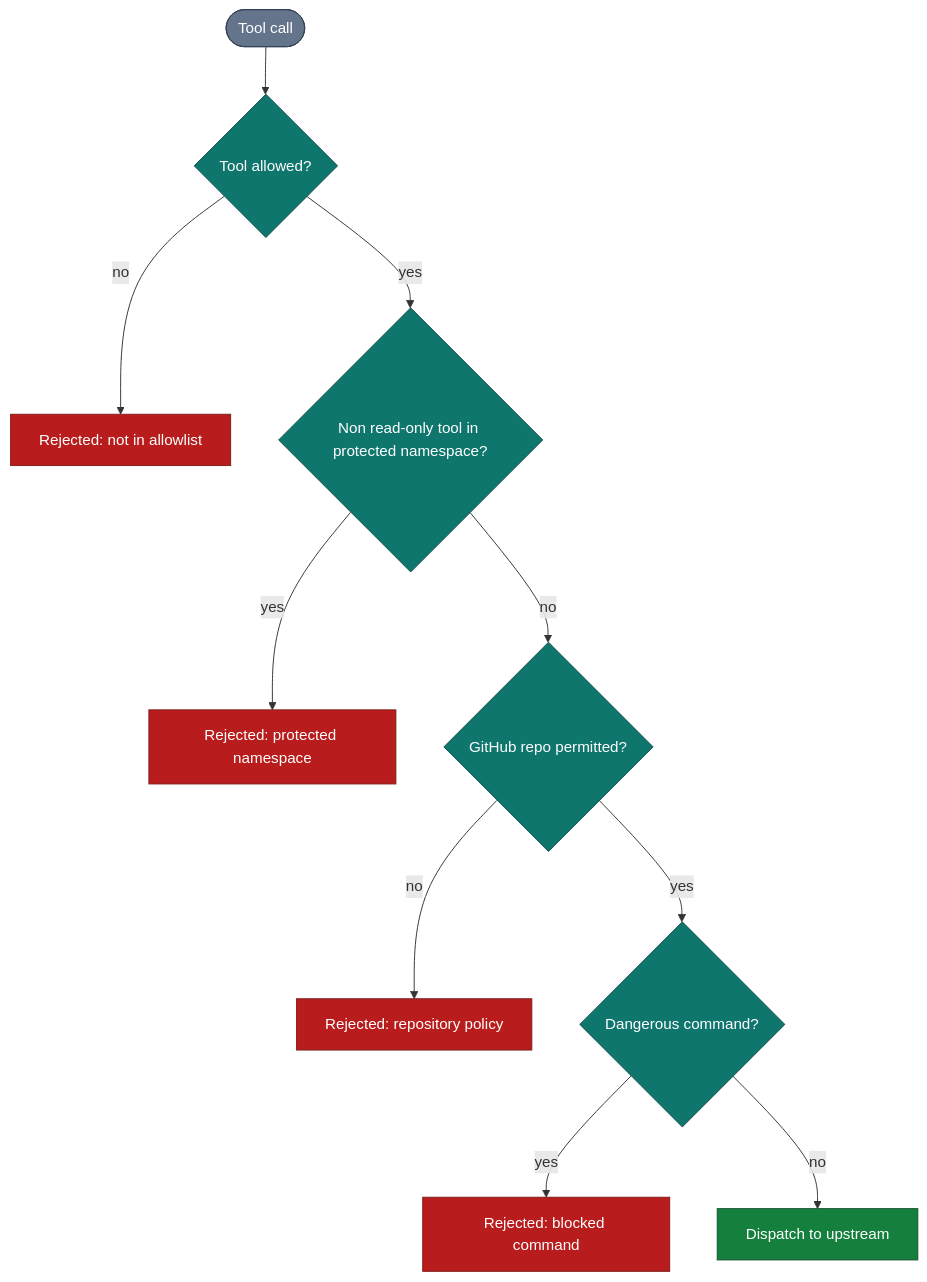
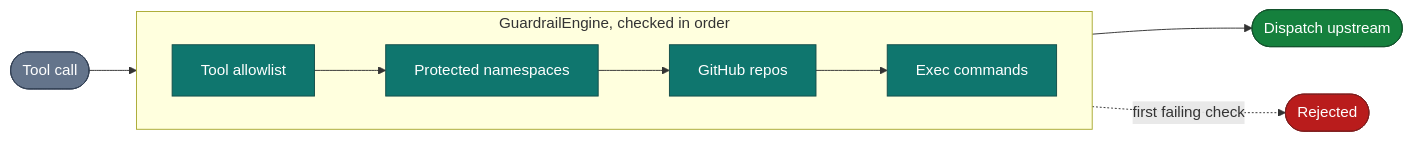
Before and after one commit to csp33/homelab-ai-ops: the second of 2 diagrams in packages/mcps/homelab-mcp/README.md, drawn with Mermaid.

Commit message:
docs(homelab-mcp): shrink the guardrails diagram

````diff
--- a/packages/mcps/homelab-mcp/README.md
+++ b/packages/mcps/homelab-mcp/README.md
@@ -55,22 +55,20 @@
 ```mermaid
-flowchart TD
-    REQ([Tool call]) --> C1{Tool allowed?}
-    C1 -->|no| X1[Rejected: not in allowlist]
-    C1 -->|yes| C2{Non read-only tool in protected namespace?}
-    C2 -->|yes| X2[Rejected: protected namespace]
-    C2 -->|no| C3{GitHub repo permitted?}
-    C3 -->|no| X3[Rejected: repository policy]
-    C3 -->|yes| C4{Dangerous command?}
-    C4 -->|yes| X4[Rejected: blocked command]
-    C4 -->|no| OK[Dispatch to upstream]
+flowchart LR
+    REQ([Tool call]) --> C1[Tool allowlist]
+    subgraph GE["GuardrailEngine, checked in order"]
+        direction LR
+        C1 --> C2[Protected namespaces] --> C3[GitHub repos] --> C4[Exec commands]
+    end
+    C4 --> OK([Dispatch upstream])
+    GE -.->|first failing check| X([Rejected])
 
     classDef check fill:#0f766e,stroke:#134e4a,color:#fff;
     classDef reject fill:#b91c1c,stroke:#7f1d1d,color:#fff;
     classDef pass fill:#15803d,stroke:#14532d,color:#fff;
     classDef entry fill:#64748b,stroke:#334155,color:#fff;
 
     class C1,C2,C3,C4 check;
-    class X1,X2,X3,X4 reject;
+    class X reject;
     class OK pass;
     class REQ entry;
 ```
````
